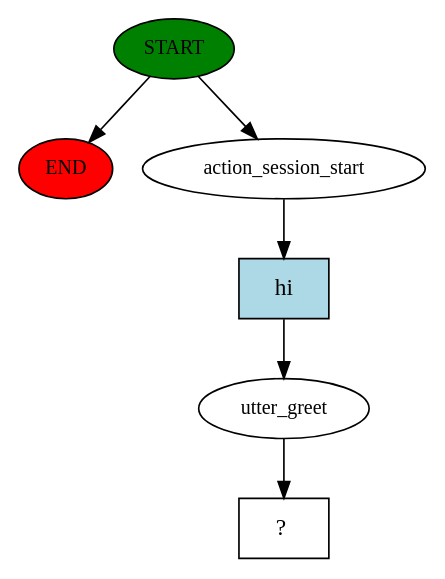
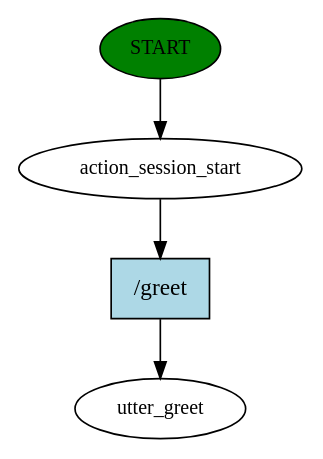
Before and after one commit to simonchan120/comp4981_mxj3_2021: the diagram in backend/rasa/story_graph.dot, drawn with Graphviz. The commit also changed 67 other files, not shown here.

```diff
--- a/backend/rasa/story_graph.dot
+++ b/backend/rasa/story_graph.dot
@@ -1,13 +1,9 @@
 digraph  {
 0 [class="start active", fillcolor=green, fontsize=12, label=START, style=filled];
-"-1" [class=end, fillcolor=red, fontsize=12, label=END, style=filled];
 1 [class=active, fontsize=12, label=action_session_start];
-2 [class=active, fontsize=12, label=utter_greet];
-3 [class="intent dashed active", label="  ?  ", shape=rect];
-4 [class="intent active", fillcolor=lightblue, label=hi, shape=rect, style=filled];
-0 -> "-1"  [class="", key=NONE, label=""];
+2 [class="dashed active", fontsize=12, label=utter_greet];
+3 [class="intent active", fillcolor=lightblue, label="/greet", shape=rect, style=filled];
 0 -> 1  [class=active, key=NONE, label=""];
-1 -> 4  [class=active, key=0];
-2 -> 3  [class=active, key=NONE, label=""];
-4 -> 2  [class=active, key=0];
+1 -> 3  [class=active, key=0];
+3 -> 2  [class=active, key=0];
 }
```
